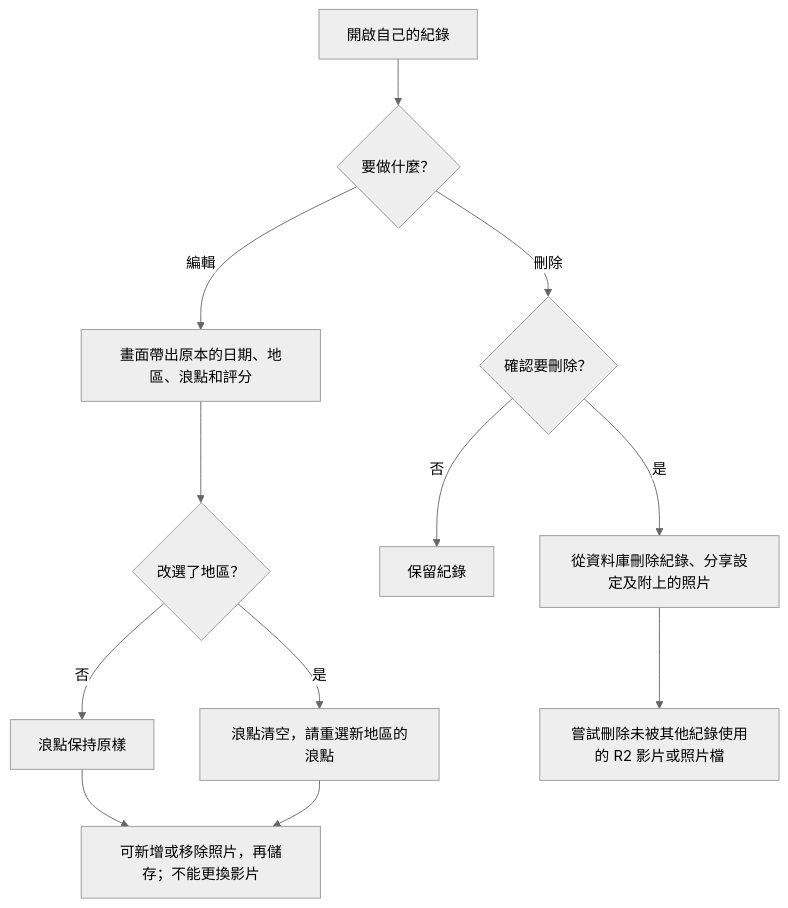
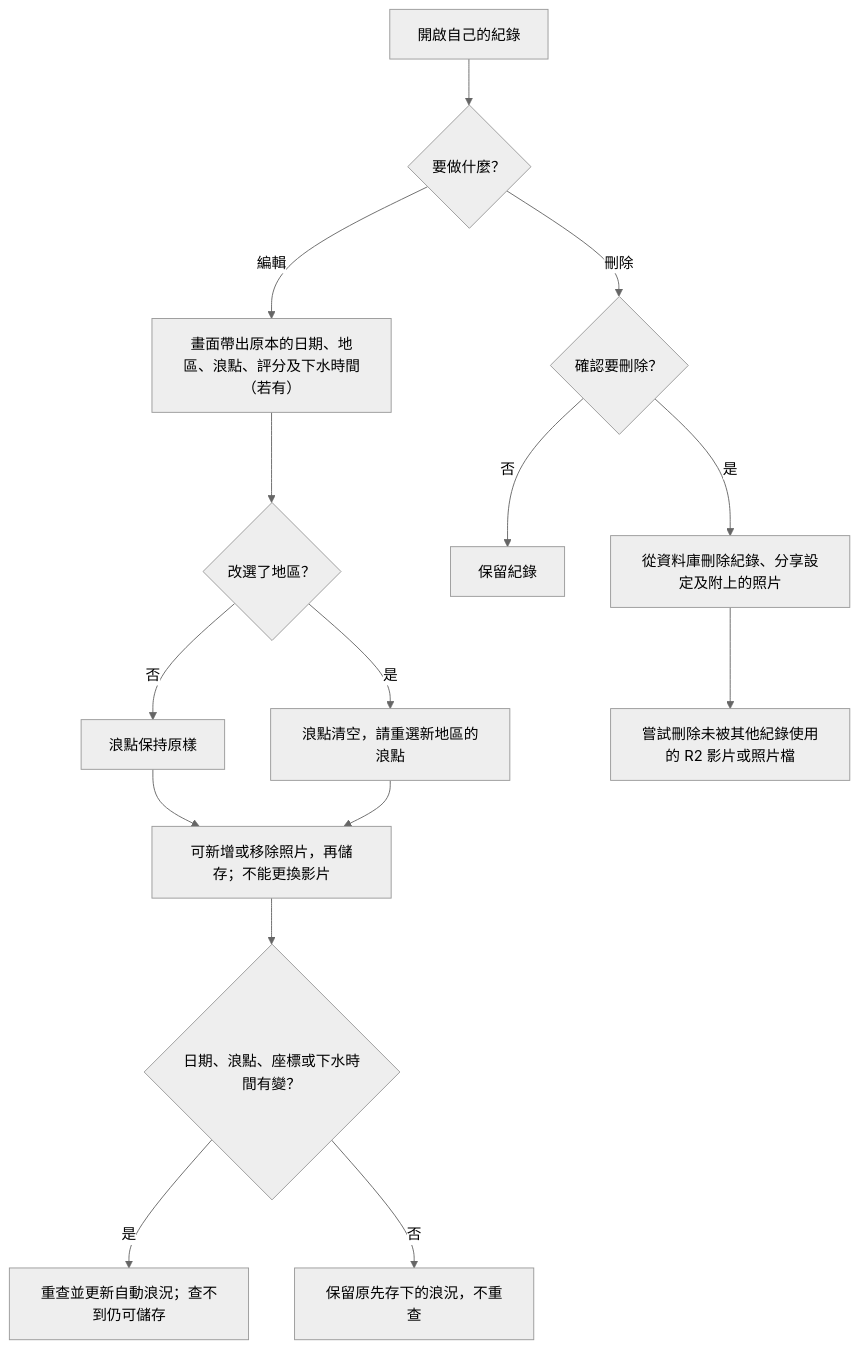
Before and after one commit to ChristingChang/waveshare: the fifth of 7 diagrams in docs/flows.md, drawn with Mermaid (neutral theme). The commit also changed other lines of this file and 4 other files, not shown here.

````diff
--- a/docs/flows.md
+++ b/docs/flows.md
@@ -86,14 +93,17 @@
 ```mermaid
 flowchart TD
     A["開啟自己的紀錄"] --> B{"要做什麼？"}
-    B -->|編輯| C["畫面帶出原本的日期、地區、浪點和評分"]
+    B -->|編輯| C["畫面帶出原本的日期、地區、浪點、評分及下水時間（若有）"]
     C --> C2{"改選了地區？"}
     C2 -->|否| C3["浪點保持原樣"]
     C2 -->|是| C4["浪點清空，請重選新地區的浪點"]
     C3 --> D["可新增或移除照片，再儲存；不能更換影片"]
     C4 --> D
+    D --> J{"日期、浪點、座標或下水時間有變？"}
+    J -->|是| K["重查並更新自動浪況；查不到仍可儲存"]
+    J -->|否| L["保留原先存下的浪況，不重查"]
     B -->|刪除| E{"確認要刪除？"}
     E -->|否| F["保留紀錄"]
     E -->|是| G["從資料庫刪除紀錄、分享設定及附上的照片"]
     G --> I["嘗試刪除未被其他紀錄使用的 R2 影片或照片檔"]
 ```
````
